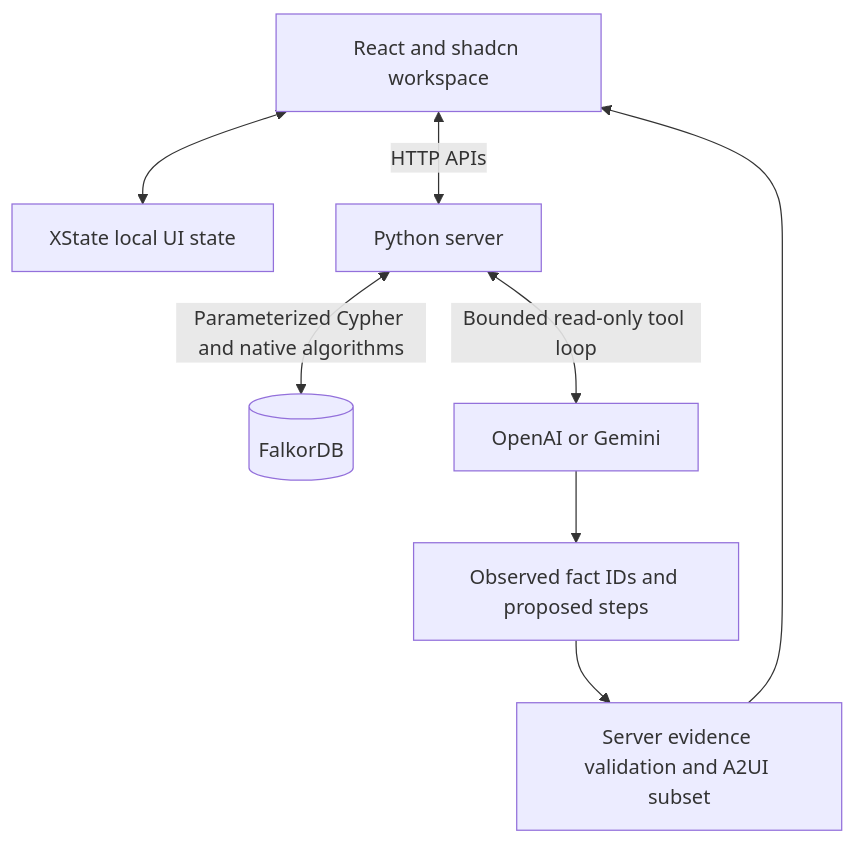
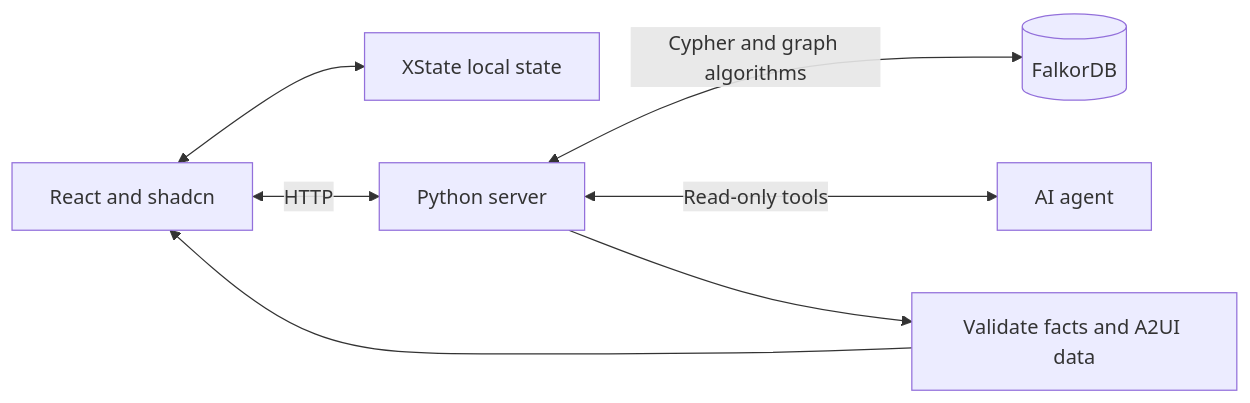
One commit to sasivarnan/workweave-falkordb changed the first of 3 diagrams in README.md. Above: the diagram before and after it, drawn with Mermaid. The commit also changed other lines of this file and 1 other file, not shown here.

````diff
--- a/README.md
+++ b/README.md
@@ -140,10 +59,9 @@
 ```mermaid
-flowchart TB
-    Browser[React and shadcn workspace] <--> State[XState local UI state]
-    Browser <-->|HTTP APIs| Server[Python server]
-    Server <-->|Parameterized Cypher and native algorithms| Graph[(FalkorDB)]
-    Server <-->|Bounded read-only tool loop| AI[OpenAI or Gemini]
-    AI --> Evidence[Observed fact IDs and proposed steps]
-    Evidence --> Validate[Server evidence validation and A2UI subset]
-    Validate --> Browser
+flowchart LR
+    UI[React and shadcn] <--> State[XState local state]
+    UI <-->|HTTP| Server[Python server]
+    Server <-->|Cypher and graph algorithms| DB[(FalkorDB)]
+    Server <-->|Read-only tools| Agent[AI agent]
+    Server --> Check[Validate facts and A2UI data]
+    Check --> UI
 ```
````
